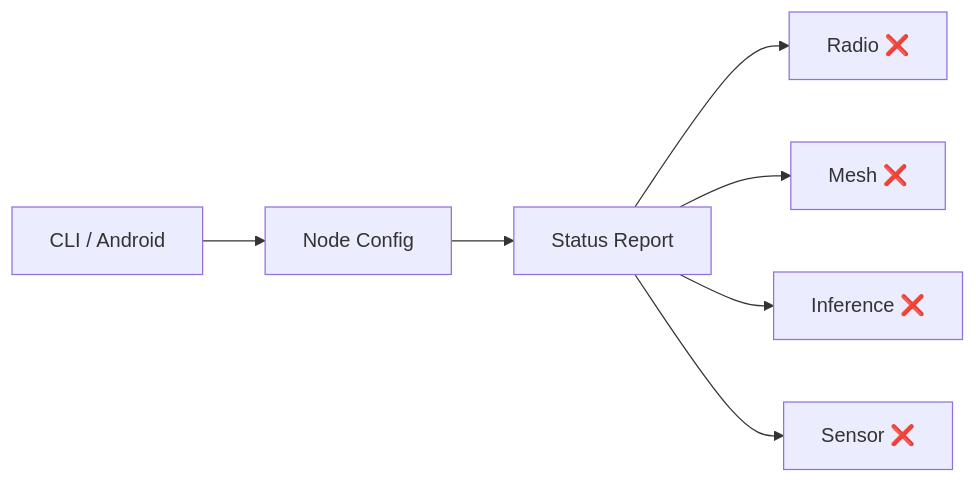
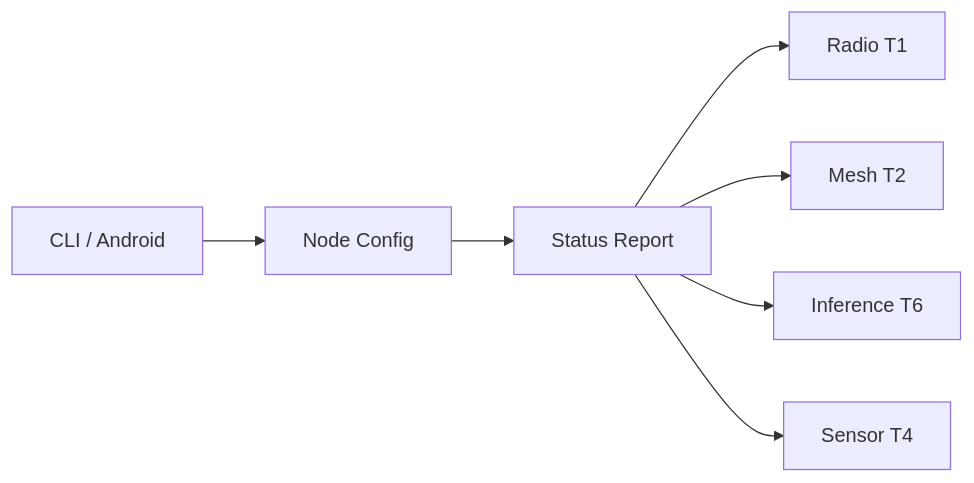
The first of 2 diagrams in PROOF_OF_ARTIFACTS.md (cochranblock/ghost-fabric), drawn with Mermaid before and after one commit. The commit also changed other lines of this file and 4 other files, not shown here.

````diff
--- a/PROOF_OF_ARTIFACTS.md
+++ b/PROOF_OF_ARTIFACTS.md
@@ -11,9 +11,9 @@
 ```mermaid
 flowchart LR
     CLI[CLI / Android] --> Config[Node Config]
     Config --> Status[Status Report]
-    Status --> Radio[Radio ❌]
-    Status --> Mesh[Mesh ❌]
-    Status --> Inference[Inference ❌]
-    Status --> Sensor[Sensor ❌]
+    Status --> Radio[Radio T1]
+    Status --> Mesh[Mesh T2]
+    Status --> Inference[Inference T6]
+    Status --> Sensor[Sensor T4]
 ```
````
